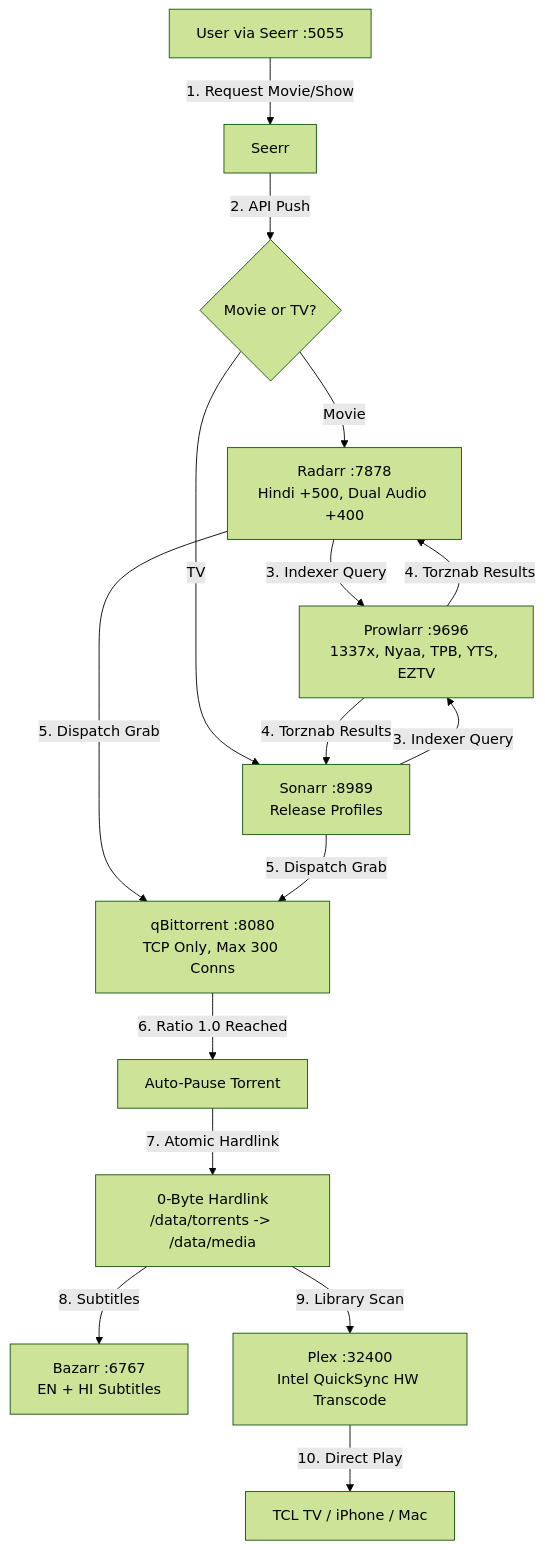
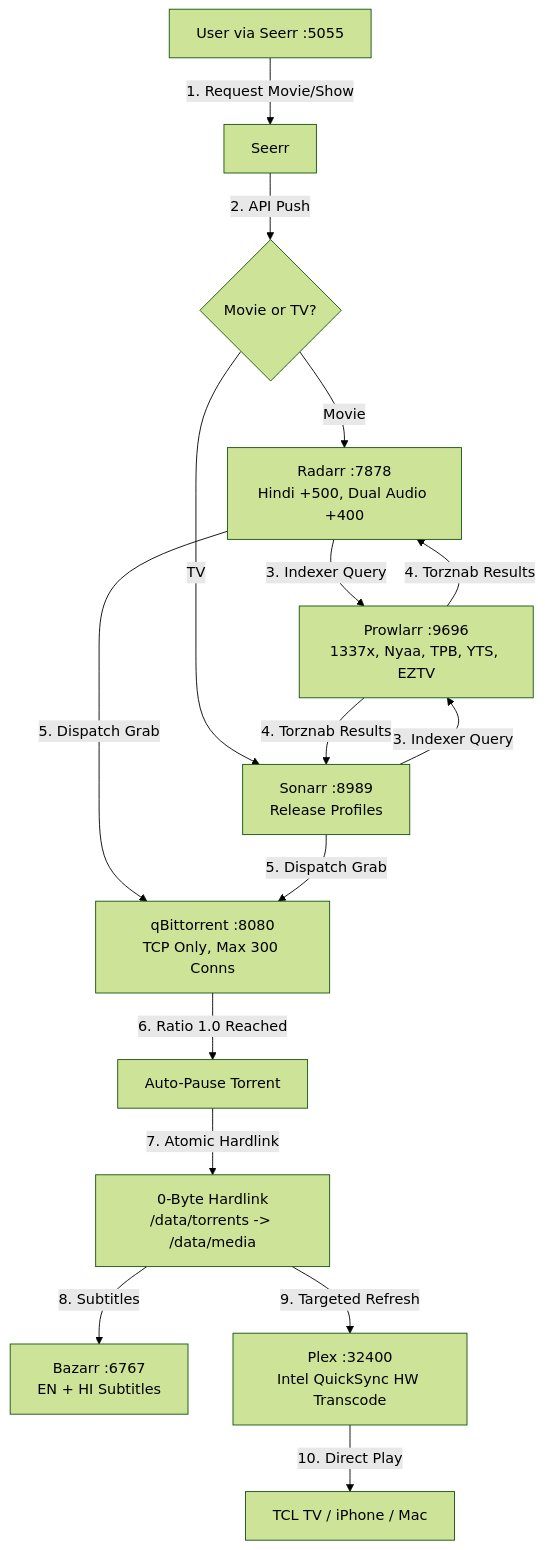
The diagram in ugreen_nas/MEDIA_STACK_HANDOFF.md (deepshah08/Learning), drawn with Mermaid (forest theme) before and after one commit. The commit also changed other lines of this file and 3 other files, not shown here.

````diff
--- a/ugreen_nas/MEDIA_STACK_HANDOFF.md
+++ b/ugreen_nas/MEDIA_STACK_HANDOFF.md
@@ -39,15 +39,15 @@
 ```mermaid
 flowchart TD
     User["User via Seerr :5055"] -->|"1. Request Movie/Show"| Seerr
     Seerr -->|"2. API Push"| Router{"Movie or TV?"}
     Router -->|"Movie"| Radarr["Radarr :7878\nHindi +500, Dual Audio +400"]
     Router -->|"TV"| Sonarr["Sonarr :8989\nRelease Profiles"]
     Radarr & Sonarr -->|"3. Indexer Query"| Prowlarr["Prowlarr :9696\n1337x, Nyaa, TPB, YTS, EZTV"]
     Prowlarr -->|"4. Torznab Results"| Radarr & Sonarr
     Radarr & Sonarr -->|"5. Dispatch Grab"| Qbit["qBittorrent :8080\nTCP Only, Max 300 Conns"]
     Qbit -->|"6. Ratio 1.0 Reached"| Pause["Auto-Pause Torrent"]
     Pause -->|"7. Atomic Hardlink"| Hardlink["0-Byte Hardlink\n/data/torrents -> /data/media"]
     Hardlink -->|"8. Subtitles"| Bazarr["Bazarr :6767\nEN + HI Subtitles"]
-    Hardlink -->|"9. Library Scan"| Plex["Plex :32400\nIntel QuickSync HW Transcode"]
+    Hardlink -->|"9. Targeted Refresh"| Plex["Plex :32400\nIntel QuickSync HW Transcode"]
     Plex -->|"10. Direct Play"| Clients["TCL TV / iPhone / Mac"]
 ```
````
